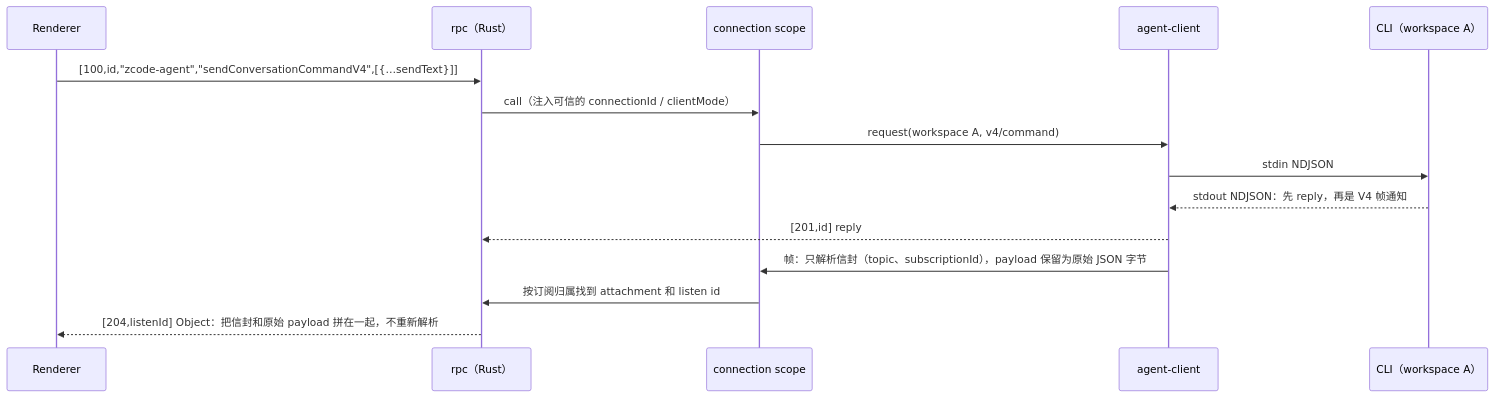
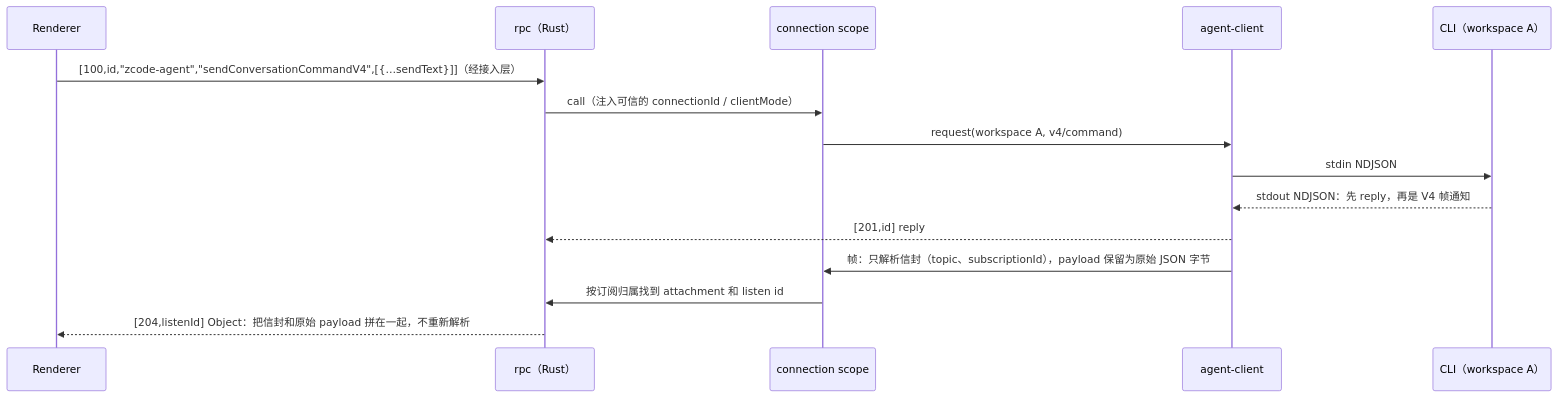
Before and after one commit to Madin-H23/ZCode-rs: the fourth of 4 diagrams in docs/specs/rust-host.md, drawn with Mermaid. The commit also changed other lines of this file, not shown here.

````diff
--- a/docs/specs/rust-host.md
+++ b/docs/specs/rust-host.md
@@ -330,17 +323,17 @@
 ```mermaid
 sequenceDiagram
     participant P as Renderer
     participant RPC as rpc（Rust）
     participant CS as connection scope
     participant AC as agent-client
     participant C as CLI（workspace A）
-    P->>RPC: [100,id,"zcode-agent","sendConversationCommandV4",[{…sendText}]]
+    P->>RPC: [100,id,"zcode-agent","sendConversationCommandV4",[{…sendText}]]（经接入层）
     RPC->>CS: call（注入可信的 connectionId / clientMode）
     CS->>AC: request(workspace A, v4/command)
     AC->>C: stdin NDJSON
     C-->>AC: stdout NDJSON：先 reply，再是 V4 帧通知
     AC-->>RPC: [201,id] reply
     AC->>CS: 帧：只解析信封（topic、subscriptionId），payload 保留为原始 JSON 字节
     CS->>RPC: 按订阅归属找到 attachment 和 listen id
     RPC-->>P: [204,listenId] Object：把信封和原始 payload 拼在一起，不重新解析
 ```
````
